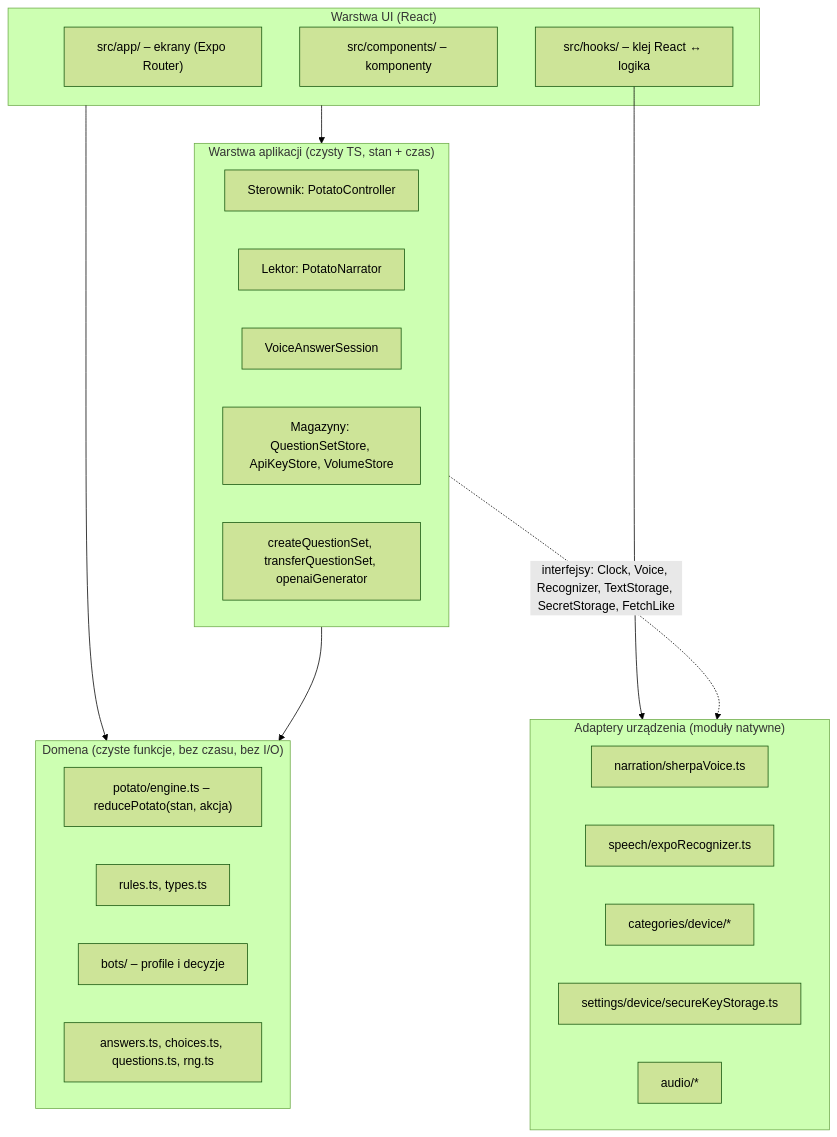
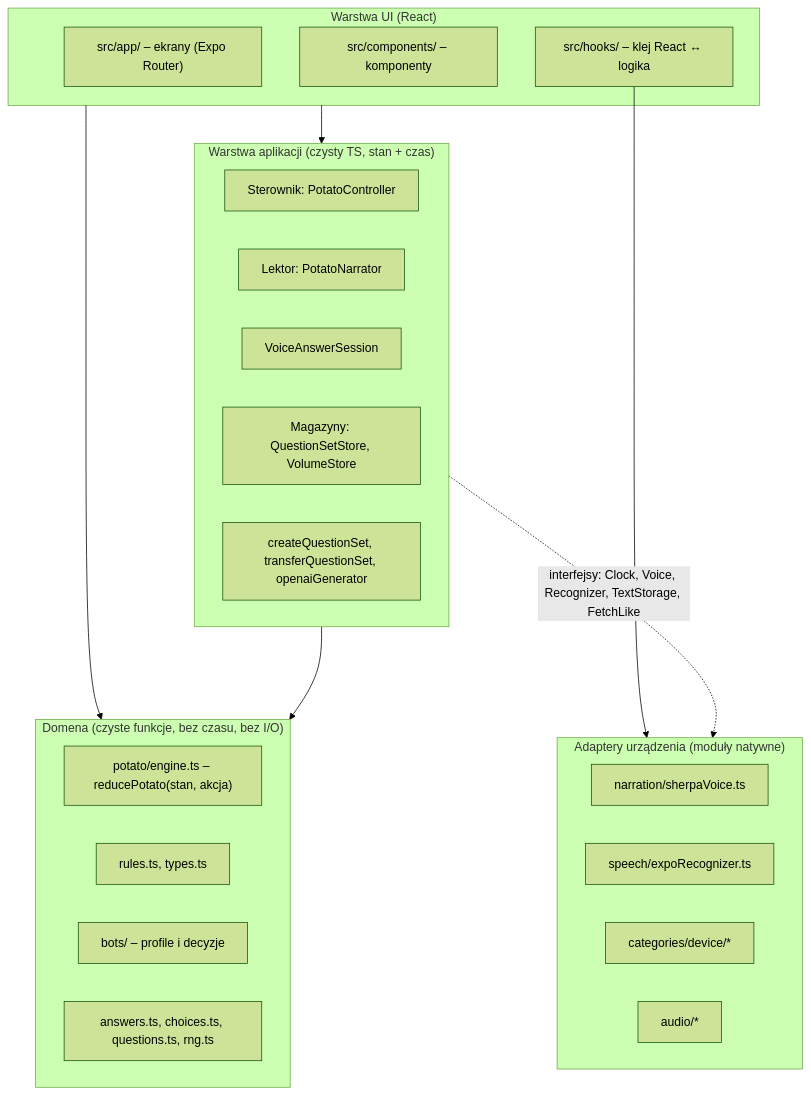
One commit to pelkabart/JedenZWielu changed the second of 5 diagrams in docs/ARCHITEKTURA.md. Above: the diagram before and after it, drawn with Mermaid (forest theme). The commit also changed other lines of this file and 38 other files, not shown here.

First line of the commit message:
Play menu music outside gameplay, remove mute buttons and API key screen

````diff
--- a/docs/ARCHITEKTURA.md
+++ b/docs/ARCHITEKTURA.md
@@ -52,33 +51,32 @@
 ```mermaid
 flowchart TB
     subgraph UI["Warstwa UI (React)"]
         Routes["src/app/ – ekrany (Expo Router)"]
         Comp["src/components/ – komponenty"]
         Hooks["src/hooks/ – klej React ↔ logika"]
     end
     subgraph App["Warstwa aplikacji (czysty TS, stan + czas)"]
         Ctrl["Sterownik: PotatoController"]
         Narr["Lektor: PotatoNarrator"]
         Voice["VoiceAnswerSession"]
-        Stores["Magazyny: QuestionSetStore, ApiKeyStore, VolumeStore"]
+        Stores["Magazyny: QuestionSetStore, VolumeStore"]
         CatFlow["createQuestionSet, transferQuestionSet, openaiGenerator"]
     end
     subgraph Domain["Domena (czyste funkcje, bez czasu, bez I/O)"]
         Engine["potato/engine.ts – reducePotato(stan, akcja)"]
         Rules["rules.ts, types.ts"]
         Bots["bots/ – profile i decyzje"]
         Ans["answers.ts, choices.ts, questions.ts, rng.ts"]
     end
     subgraph Device["Adaptery urządzenia (moduły natywne)"]
         Sherpa["narration/sherpaVoice.ts"]
         Rec["speech/expoRecognizer.ts"]
         Files["categories/device/*"]
-        Secure["settings/device/secureKeyStorage.ts"]
         Audio["audio/*"]
     end
     UI --> App
     UI --> Domain
     App --> Domain
     Hooks --> Device
-    App -. interfejsy: Clock, Voice, Recognizer, TextStorage, SecretStorage, FetchLike .-> Device
+    App -. interfejsy: Clock, Voice, Recognizer, TextStorage, FetchLike .-> Device
 ```
````
